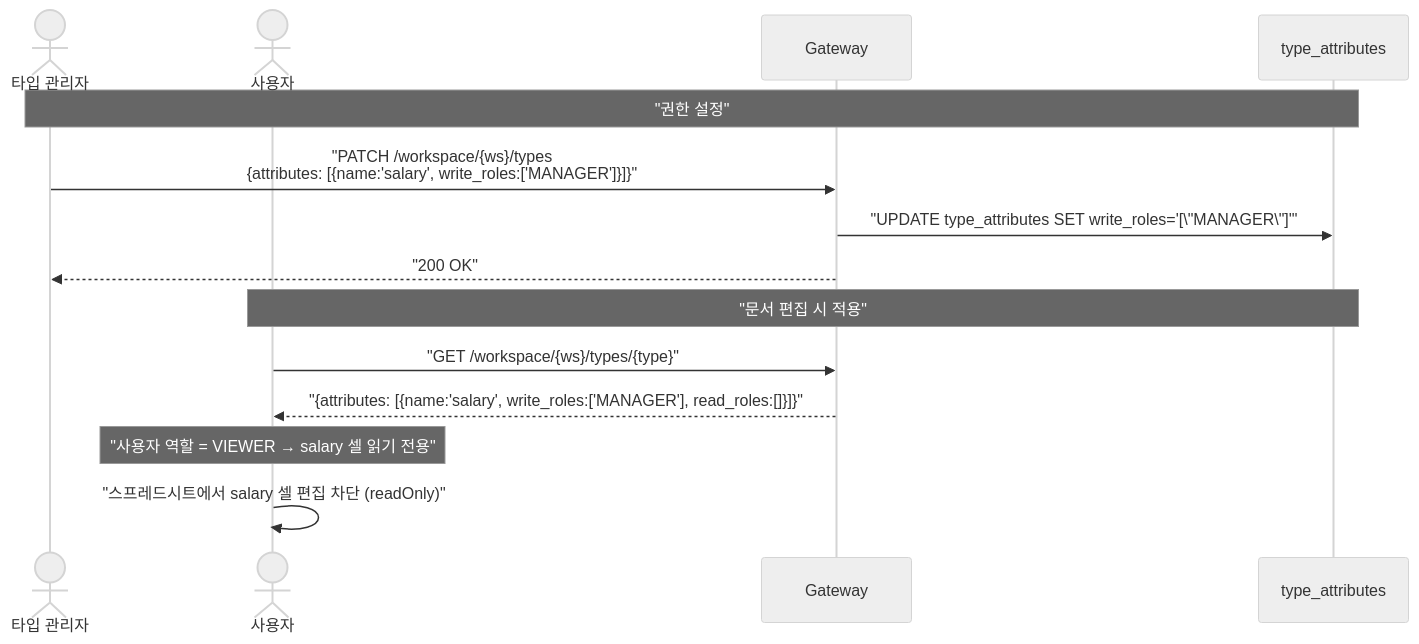
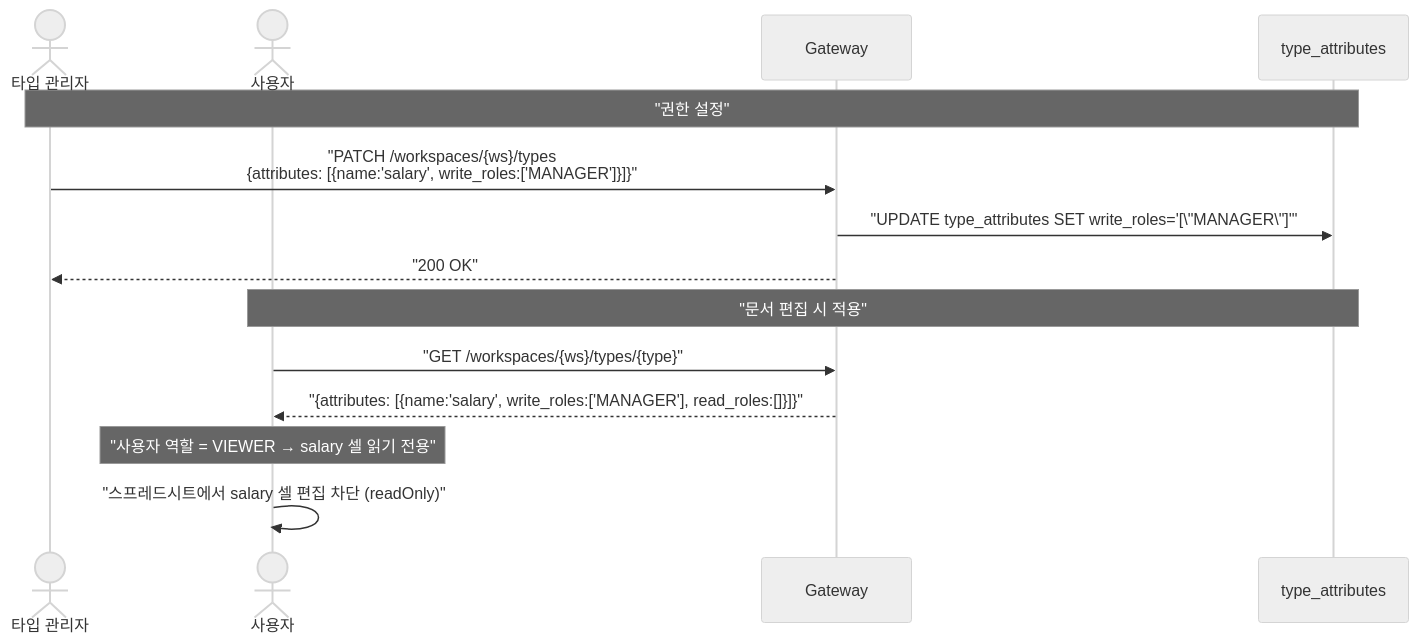
Diagram 27 of 28 in docs/usecases.md (sayaya1090/handbook), drawn with Mermaid (neutral theme) before and after one commit. The commit also changed other lines of this file and 58 other files, not shown here.

````diff
--- a/docs/usecases.md
+++ b/docs/usecases.md
@@ -1898,18 +1898,18 @@
 ```mermaid
 sequenceDiagram
     actor TM as 타입 관리자
     actor U as 사용자
     participant API as Gateway
     participant DB as type_attributes
 
     Note over TM,DB: "권한 설정"
-    TM->>API: "PATCH /workspace/{ws}/types<br/>{attributes: [{name:'salary', write_roles:['MANAGER']}]}"
+    TM->>API: "PATCH /workspaces/{ws}/types<br/>{attributes: [{name:'salary', write_roles:['MANAGER']}]}"
     API->>DB: "UPDATE type_attributes SET write_roles='[\"MANAGER\"]'"
     API-->>TM: "200 OK"
 
     Note over U,DB: "문서 편집 시 적용"
-    U->>API: "GET /workspace/{ws}/types/{type}"
+    U->>API: "GET /workspaces/{ws}/types/{type}"
     API-->>U: "{attributes: [{name:'salary', write_roles:['MANAGER'], read_roles:[]}]}"
     Note over U: "사용자 역할 = VIEWER → salary 셀 읽기 전용"
     U->>U: "스프레드시트에서 salary 셀 편집 차단 (readOnly)"
 ```
````
